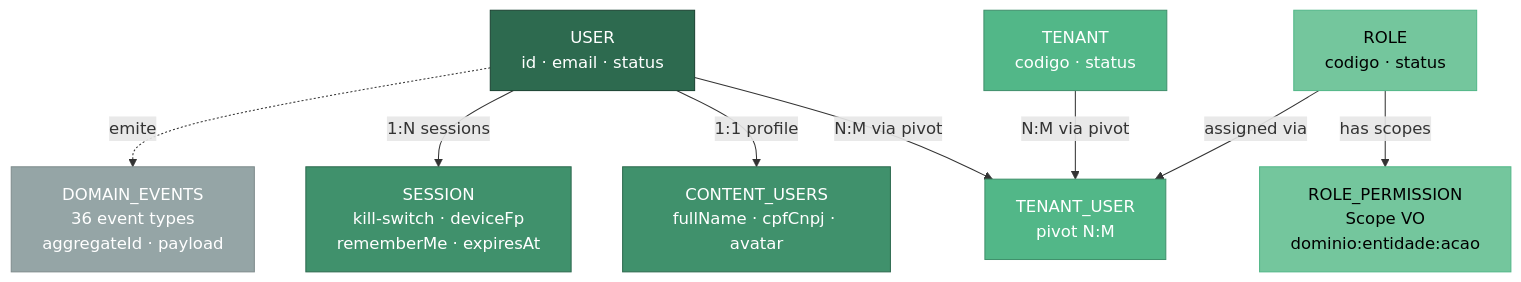
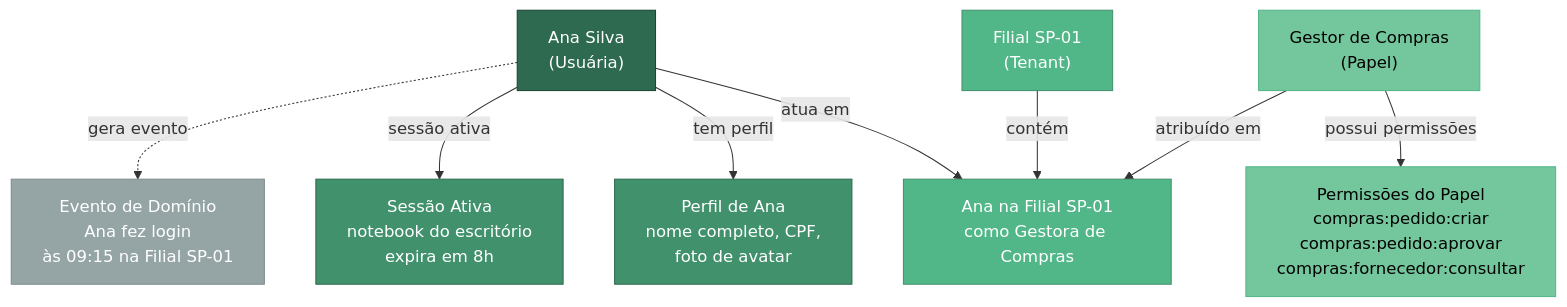
The first of 2 diagrams in docs/04_modules/mod-000-foundation/diagrams/domain-model.md (sulivanti/easycf), drawn with Mermaid before and after one commit. The commit also changed 99 other files, not shown here.

Commit message:
chore: atualiza diagramas domain-model, skills e configurações de agentes

````diff
--- a/docs/04_modules/mod-000-foundation/diagrams/domain-model.md
+++ b/docs/04_modules/mod-000-foundation/diagrams/domain-model.md
@@ -5,31 +5,31 @@
 ```mermaid
 graph TD
-    U["USER<br/>id · email · status"]
-    CU["CONTENT_USERS<br/>fullName · cpfCnpj · avatar"]
-    S["SESSION<br/>kill-switch · deviceFp<br/>rememberMe · expiresAt"]
-    TU["TENANT_USER<br/>pivot N:M"]
-    T["TENANT<br/>codigo · status"]
-    R["ROLE<br/>codigo · status"]
-    RP["ROLE_PERMISSION<br/>Scope VO<br/>dominio:entidade:acao"]
-    DE["DOMAIN_EVENTS<br/>36 event types<br/>aggregateId · payload"]
+    U["Ana Silva<br/>(Usuária)"]
+    CU["Perfil de Ana<br/>nome completo, CPF,<br/>foto de avatar"]
+    S["Sessão Ativa<br/>notebook do escritório<br/>expira em 8h"]
+    TU["Ana na Filial SP-01<br/>como Gestora de Compras"]
+    T["Filial SP-01<br/>(Tenant)"]
+    R["Gestor de Compras<br/>(Papel)"]
+    RP["Permissões do Papel<br/>compras:pedido:criar<br/>compras:pedido:aprovar<br/>compras:fornecedor:consultar"]
+    DE["Evento de Domínio<br/>Ana fez login<br/>às 09:15 na Filial SP-01"]
 
-    U -->|"1:1 profile"| CU
-    U -->|"1:N sessions"| S
-    U -->|"N:M via pivot"| TU
-    T -->|"N:M via pivot"| TU
-    R -->|"assigned via"| TU
-    R -->|"has scopes"| RP
-    U -.->|"emite"| DE
+    U -->|"tem perfil"| CU
+    U -->|"sessão ativa"| S
+    U -->|"atua em"| TU
+    T -->|"contém"| TU
+    R -->|"atribuído em"| TU
+    R -->|"possui permissões"| RP
+    U -.->|"gera evento"| DE
 
     classDef user fill:#2d6a4f,stroke:#1b4332,color:#fff
     classDef auth fill:#40916c,stroke:#2d6a4f,color:#fff
     classDef tenant fill:#52b788,stroke:#40916c,color:#fff
     classDef role fill:#74c69d,stroke:#52b788,color:#000
     classDef events fill:#95A5A6,stroke:#7F8C8D,color:#fff
 
     class U user
     class CU,S auth
     class T,TU tenant
     class R,RP role
     class DE events
 ```
````
